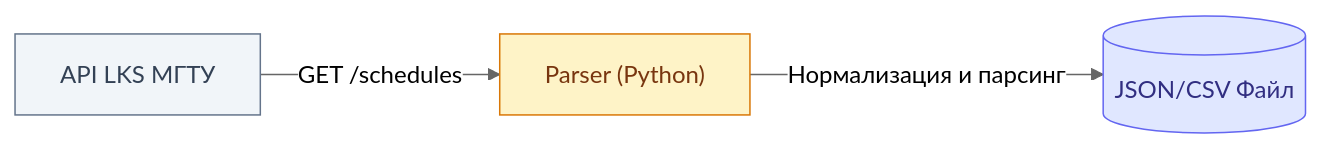
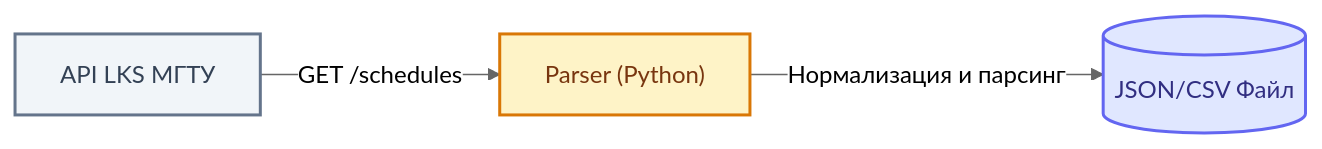
Before and after one commit to Digital-SGN/ScheduleParser: the diagram in README.md, drawn with Mermaid (neutral theme). The commit also changed other lines of this file, not shown here.

````diff
--- a/README.md
+++ b/README.md
@@ -20,17 +42,17 @@
 ```mermaid
 flowchart LR
     LKS["API LKS МГТУ"]
     Parser["Parser (Python)"]
     File[("JSON/CSV Файл")]
 
     LKS -->|"GET /schedules"| Parser
     Parser -->|"Нормализация и парсинг"| File
     
-    classDef api fill:#f1f5f9,stroke:#64748b,color:#334155;
-    classDef parser fill:#fef3c7,stroke:#d97706,color:#78350f;
-    classDef db fill:#e0e7ff,stroke:#6366f1,color:#312e81;
+    classDef api fill:#f1f5f9,stroke:#64748b,stroke-width:2px,color:#334155;
+    classDef parser fill:#fef3c7,stroke:#d97706,stroke-width:2px,color:#78350f;
+    classDef db fill:#e0e7ff,stroke:#6366f1,stroke-width:2px,color:#312e81;
     
     class LKS api;
     class Parser parser;
     class File db;
 ```
````
